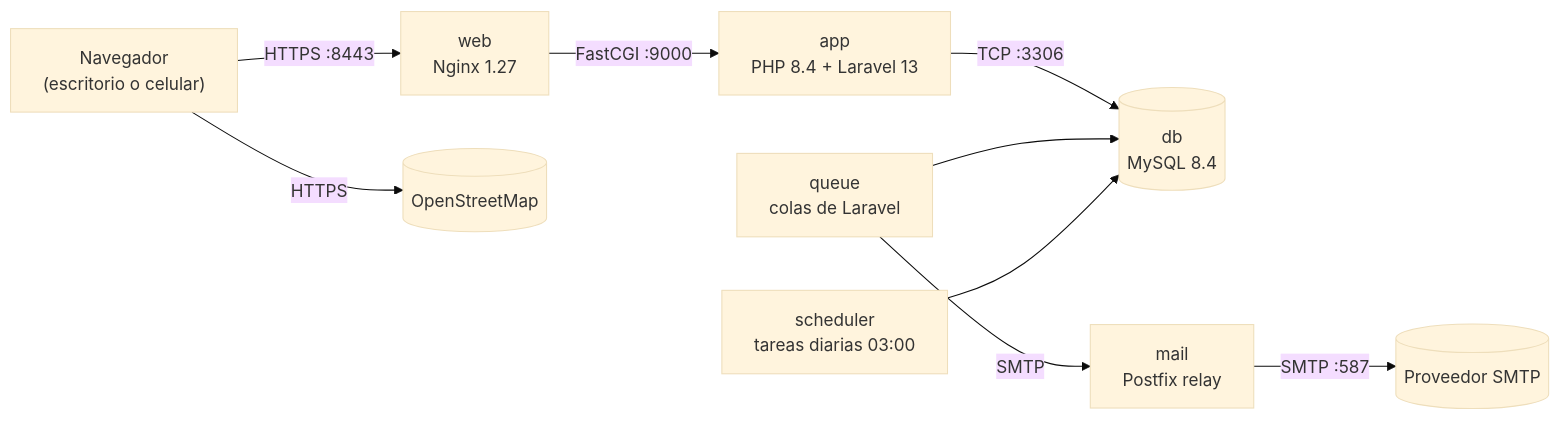
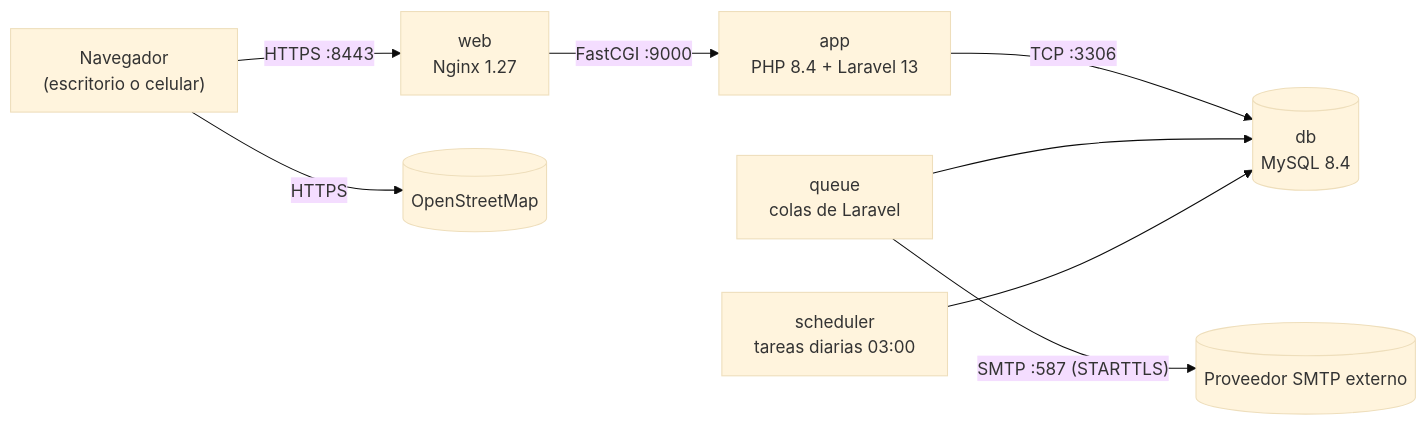
Before and after one commit to CodeCraftersITI/adoptauy: the diagram in README.md, drawn with Mermaid (base theme). The commit also changed other lines of this file and 3 other files, not shown here.

First line of the commit message:
chore: correo por SMTP externo desde Laravel, sin contenedor Postfix (RF:0063, RNF:0012)

````diff
--- a/README.md
+++ b/README.md
@@ -72,11 +72,10 @@
 ```mermaid
 flowchart LR
     U["Navegador<br/>(escritorio o celular)"] -- "HTTPS :8443" --> W["web<br/>Nginx 1.27"]
     U -- "HTTPS" --> OSM[("OpenStreetMap")]
     W -- "FastCGI :9000" --> A["app<br/>PHP 8.4 + Laravel 13"]
     A -- "TCP :3306" --> D[("db<br/>MySQL 8.4")]
     Q["queue<br/>colas de Laravel"] --> D
     S["scheduler<br/>tareas diarias 03:00"] --> D
-    Q -- "SMTP" --> M["mail<br/>Postfix relay"]
-    M -- "SMTP :587" --> EXT[("Proveedor SMTP")]
+    Q -- "SMTP :587 (STARTTLS)" --> EXT[("Proveedor SMTP externo")]
 ```
````
